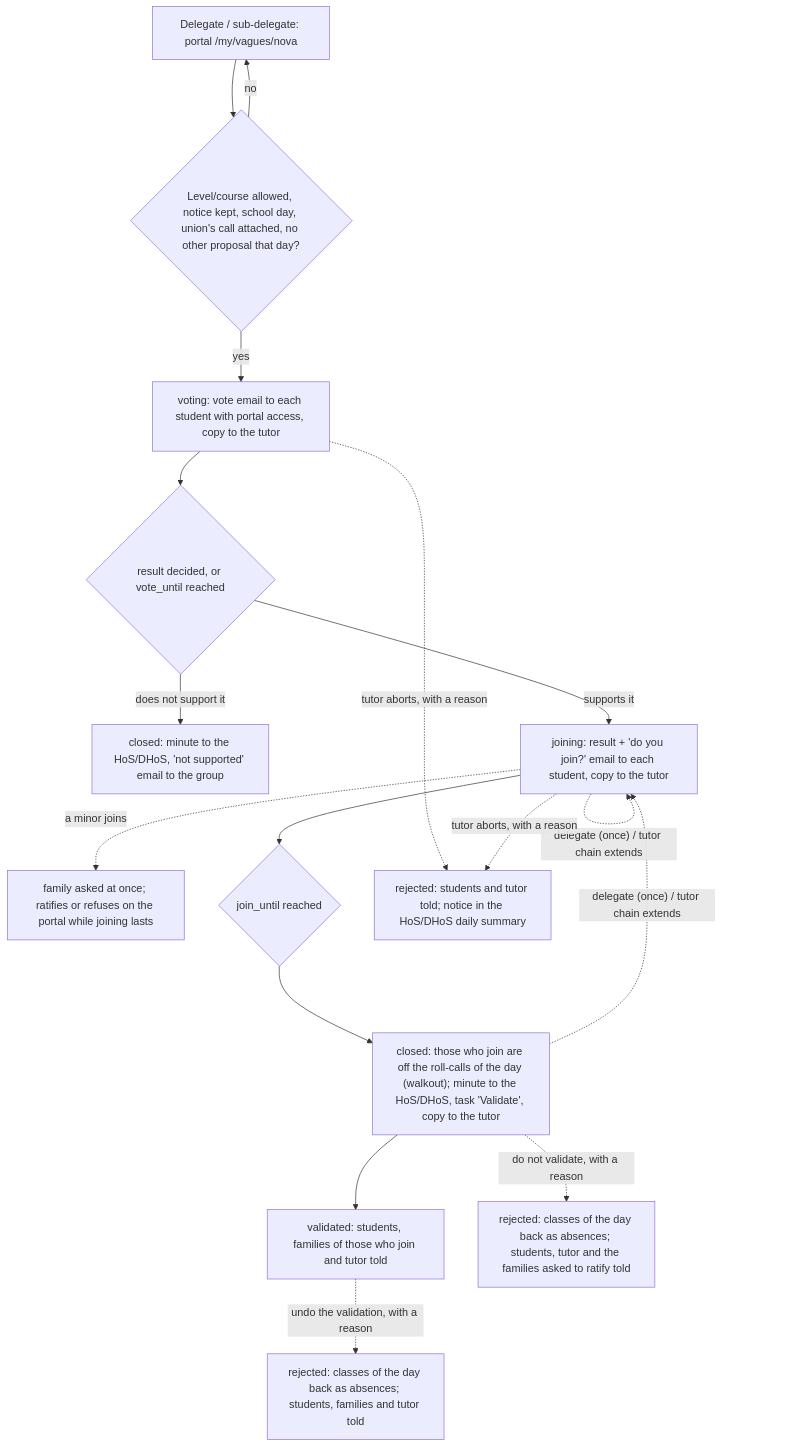
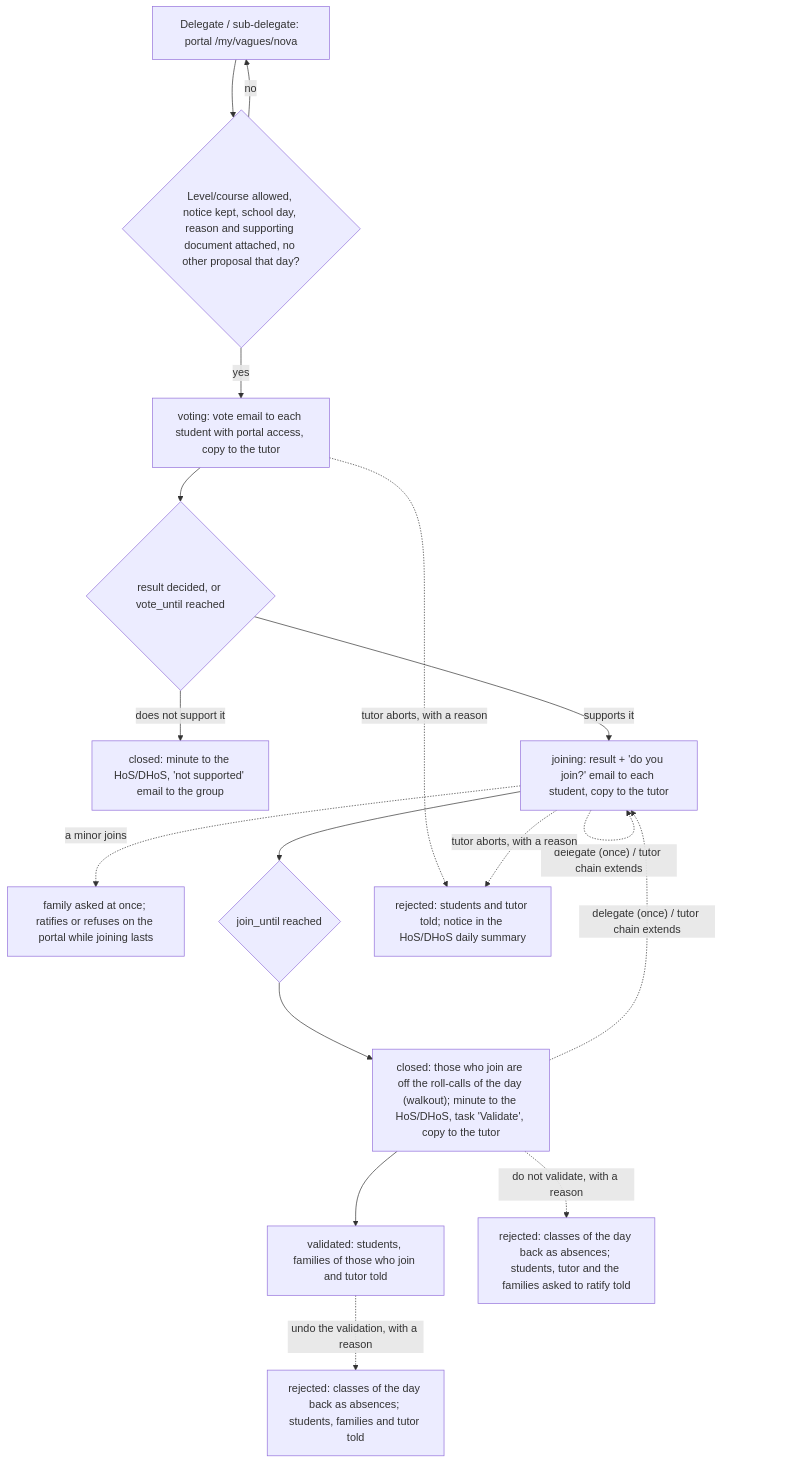
One commit to ElPuig/EMS changed the second of 2 diagrams in docs/en/developers/attendance/student_walkout.md. Above: the diagram before and after it, drawn with Mermaid. The commit also changed other lines of this file and 28 other files, not shown here.

````diff
--- a/docs/en/developers/attendance/student_walkout.md
+++ b/docs/en/developers/attendance/student_walkout.md
@@ -257,19 +265,19 @@
 ```mermaid
 flowchart TD
-    A[Delegate / sub-delegate: portal /my/vagues/nova] --> B{"Level/course allowed, notice kept, school day, union's call attached, no other proposal that day?"}
+    A[Delegate / sub-delegate: portal /my/vagues/nova] --> B{"Level/course allowed, notice kept, school day, reason and supporting document attached, no other proposal that day?"}
     B -- no --> A
     B -- yes --> V["voting: vote email to each student with portal access, copy to the tutor"]
     V --> E{"result decided, or vote_until reached"}
     E -- "does not support it" --> N["closed: minute to the HoS/DHoS, 'not supported' email to the group"]
     E -- supports it --> J["joining: result + 'do you join?' email to each student, copy to the tutor"]
     J -. "a minor joins" .-> R["family asked at once; ratifies or refuses on the portal while joining lasts"]
     J --> K{"join_until reached"}
     K --> F["closed: those who join are off the roll-calls of the day (walkout); minute to the HoS/DHoS, task 'Validate', copy to the tutor"]
     F --> I["validated: students, families of those who join and tutor told"]
     F -. "do not validate, with a reason" .-> Y["rejected: classes of the day back as absences; students, tutor and the families asked to ratify told"]
     I -. "undo the validation, with a reason" .-> Z["rejected: classes of the day back as absences; students, families and tutor told"]
     J -. "delegate (once) / tutor chain extends" .-> J
     F -. "delegate (once) / tutor chain extends" .-> J
     V -. "tutor aborts, with a reason" .-> X["rejected: students and tutor told; notice in the HoS/DHoS daily summary"]
     J -. "tutor aborts, with a reason" .-> X
 ```
````
